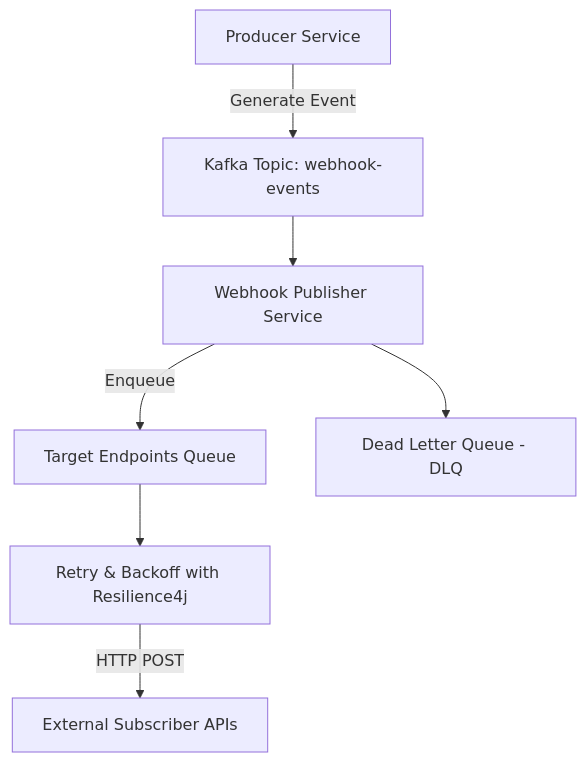
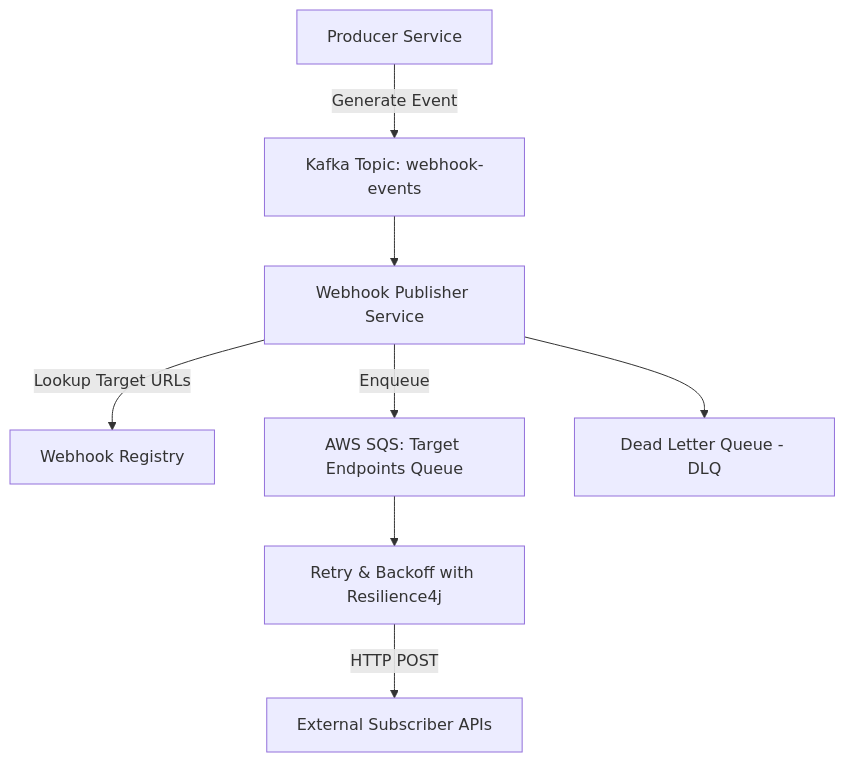
One commit to dzenyu/dzenyu.github.io changed the diagram in _posts/2025-05-30-Designing-Scalable-Webhook-Delivery-System.md. Above: the diagram before and after it, drawn with Mermaid. The commit also changed other lines of this file and 1 other file, not shown here.

First line of the commit message:
Revise webhook delivery system architecture post

````diff
--- a/_posts/2025-05-30-Designing-Scalable-Webhook-Delivery-System.md
+++ b/_posts/2025-05-30-Designing-Scalable-Webhook-Delivery-System.md
@@ -42,9 +48,10 @@
 ```mermaid
 flowchart TD
   A[Producer Service] -->|Generate Event| B[Kafka Topic: webhook-events]
   B --> C[Webhook Publisher Service]
-  C -->|Enqueue| D[Target Endpoints Queue]
-  D --> E[Retry & Backoff with Resilience4j]
-  E -->|HTTP POST| F[External Subscriber APIs]
-  C --> G[Dead Letter Queue - DLQ]
+  C -->|Lookup Target URLs| D[Webhook Registry]
+  C -->|Enqueue| E[AWS SQS: Target Endpoints Queue]
+  E --> F[Retry & Backoff with Resilience4j]
+  F -->|HTTP POST| G[External Subscriber APIs]
+  C --> H[Dead Letter Queue - DLQ ]
 ```
````
